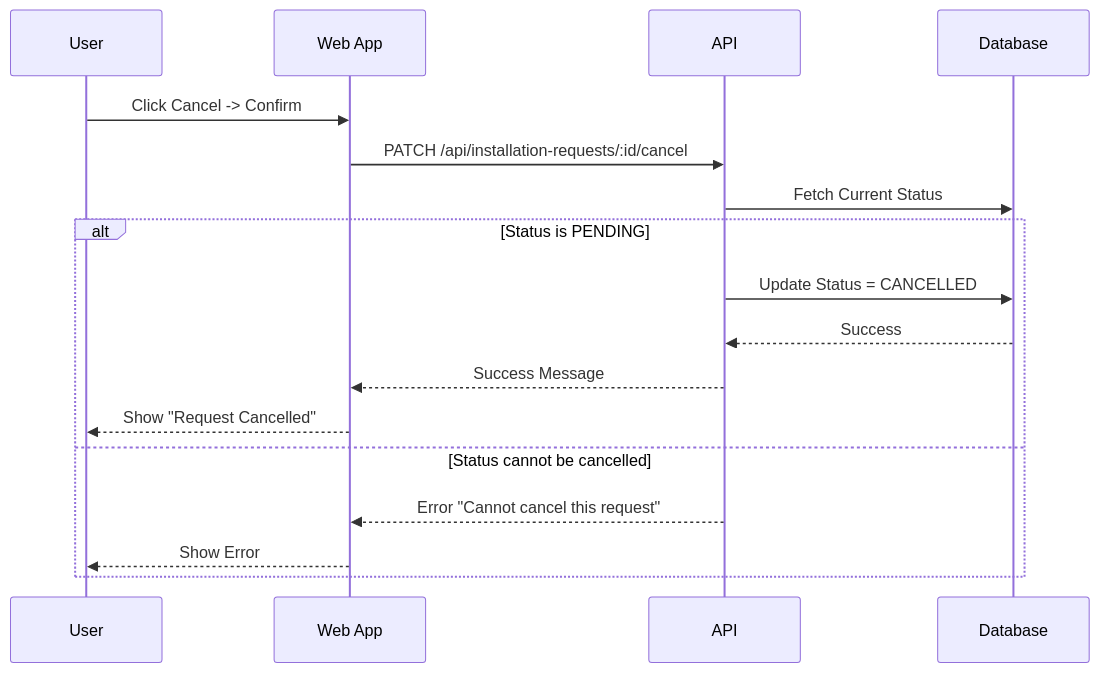
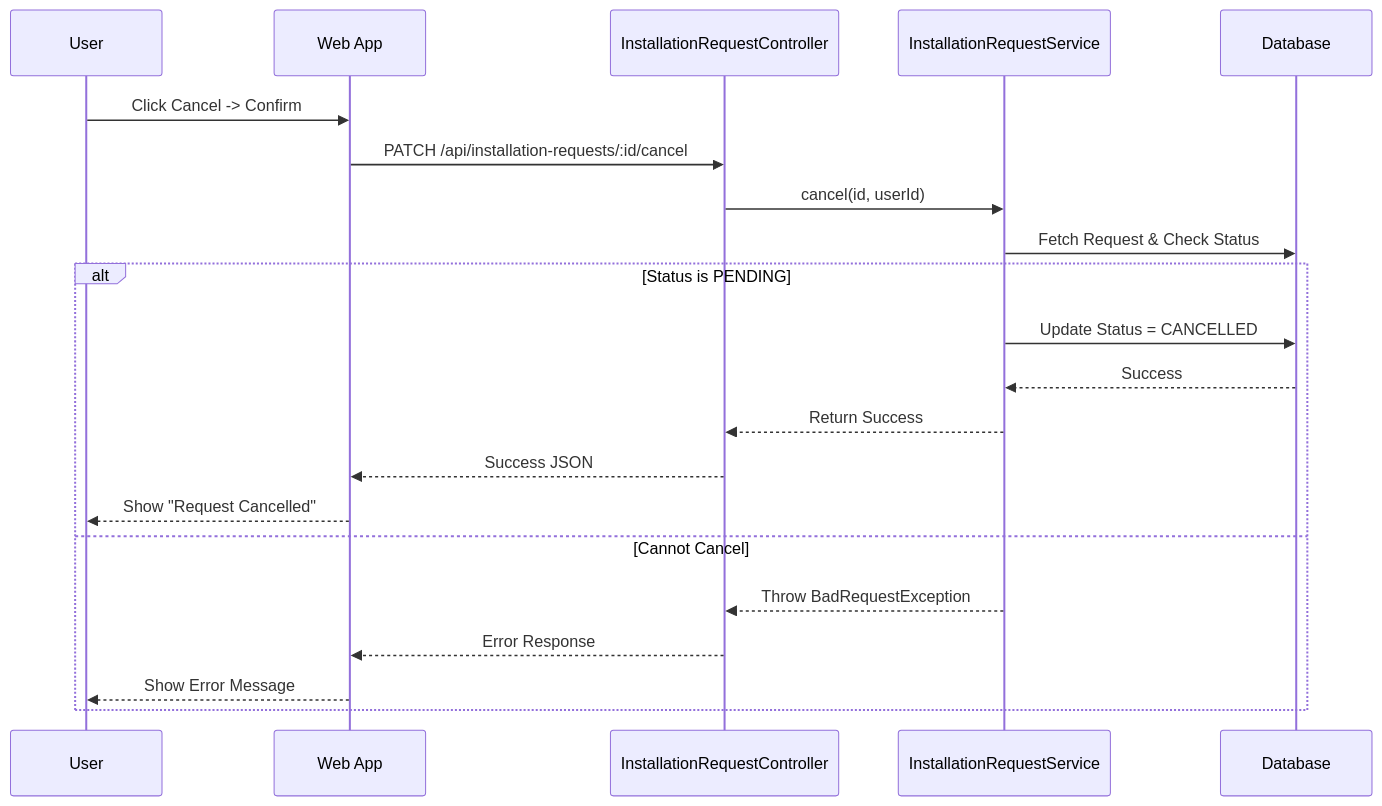
The third of 3 diagrams in DOC-TTCS/installation_request_docs.md (duong4444/agribot-dev), drawn with Mermaid before and after one commit. The commit also changed other lines of this file and 7 other files, not shown here.

````diff
--- a/DOC-TTCS/installation_request_docs.md
+++ b/DOC-TTCS/installation_request_docs.md
@@ -88,20 +101,25 @@
 ```mermaid
 sequenceDiagram
     participant U as User
     participant FE as Web App
-    participant BE as API
+    participant CTL as InstallationRequestController
+    participant SVC as InstallationRequestService
     participant DB as Database
 
     U->>FE: Click Cancel -> Confirm
-    FE->>BE: PATCH /api/installation-requests/:id/cancel
-    BE->>DB: Fetch Current Status
+    FE->>CTL: PATCH /api/installation-requests/:id/cancel
+    CTL->>SVC: cancel(id, userId)
+    
+    SVC->>DB: Fetch Request & Check Status
     alt Status is PENDING
-        BE->>DB: Update Status = CANCELLED
-        DB-->>BE: Success
-        BE-->>FE: Success Message
+        SVC->>DB: Update Status = CANCELLED
+        DB-->>SVC: Success
+        SVC-->>CTL: Return Success
+        CTL-->>FE: Success JSON
         FE-->>U: Show "Request Cancelled"
-    else Status cannot be cancelled
-        BE-->>FE: Error "Cannot cancel this request"
-        FE-->>U: Show Error
+    else Cannot Cancel
+        SVC-->>CTL: Throw BadRequestException
+        CTL-->>FE: Error Response
+        FE-->>U: Show Error Message
     end
 ```
````
